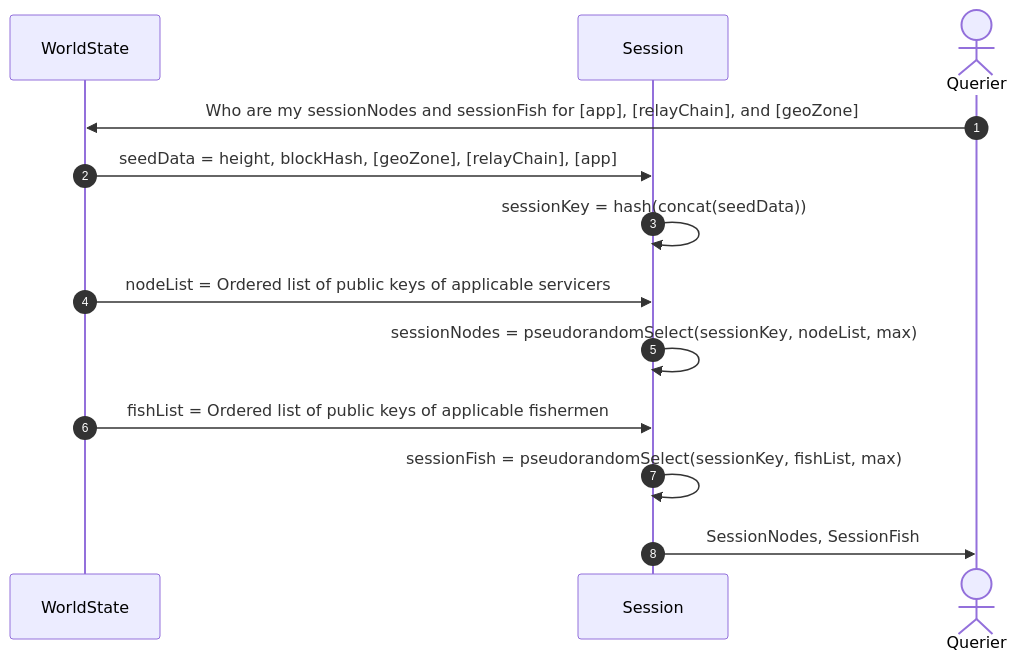
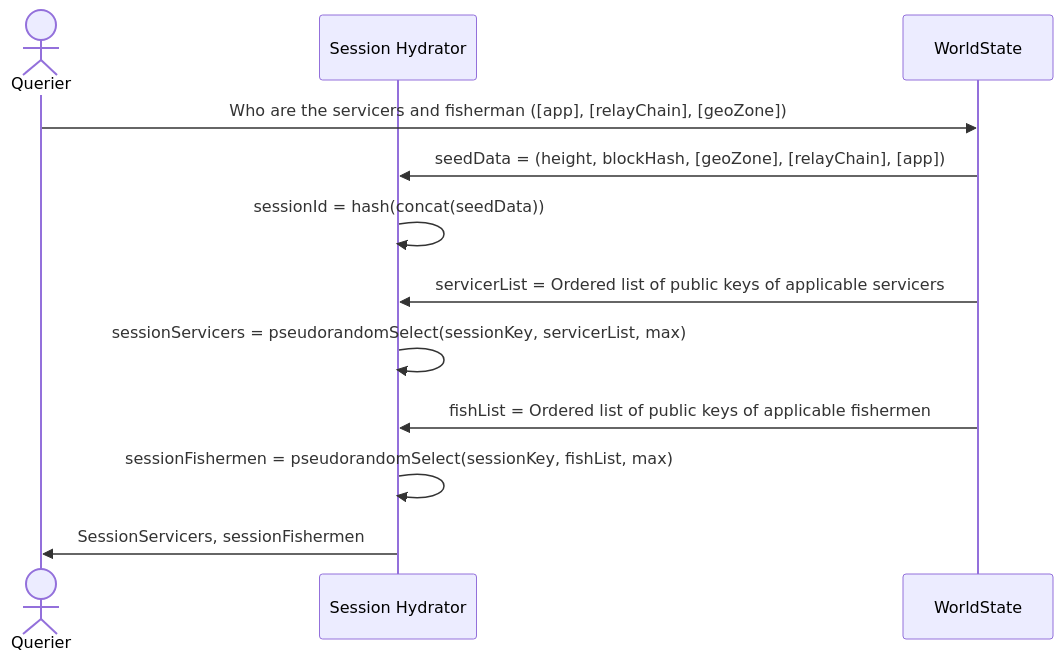
One commit to pokt-network/pocket changed the diagram in utility/doc/PROTOCOL_SESSION.md. Above: the diagram before and after it, drawn with Mermaid. The commit also changed other lines of this file and 35 other files, not shown here.

````diff
--- a/utility/doc/PROTOCOL_SESSION.md
+++ b/utility/doc/PROTOCOL_SESSION.md
@@ -52,16 +31,20 @@
 ```mermaid
 sequenceDiagram
-    autonumber
-    participant WorldState
-    participant Session
-    %% The `Qurier` is anyone (app or not) that asks to retrieve session information
-    actor Querier
-    Querier->>WorldState: Who are my sessionNodes and sessionFish for [app], [relayChain], and [geoZone]
-    WorldState->>Session: seedData = height, blockHash, [geoZone], [relayChain], [app]
-    Session->>Session: sessionKey = hash(concat(seedData))
-    WorldState->>Session: nodeList = Ordered list of public keys of applicable servicers
-    Session->>Session: sessionNodes = pseudorandomSelect(sessionKey, nodeList, max)
-    WorldState->>Session: fishList = Ordered list of public keys of applicable fishermen
-    Session->>Session: sessionFish = pseudorandomSelect(sessionKey, fishList, max)
-    Session->>Querier: SessionNodes, SessionFish
+    %% The `Querier` is anyone (app or not) that asks to retrieve session metadata
+    actor Q AS Querier
+
+    participant S AS Session Hydrator
+    participant WS AS WorldState
+
+    Q->>WS: Who are the servicers and fisherman ([app], [relayChain], [geoZone])
+    WS->>S: seedData = (height, blockHash, [geoZone], [relayChain], [app])
+
+    S->>S: sessionId = hash(concat(seedData))
+    WS->>S: servicerList = Ordered list of public keys of applicable servicers
+
+    S->>S: sessionServicers = pseudorandomSelect(sessionKey, servicerList, max)
+    WS->>S: fishList = Ordered list of public keys of applicable fishermen
+
+    S->>S: sessionFishermen = pseudorandomSelect(sessionKey, fishList, max)
+    S->>Q: SessionServicers, sessionFishermen
 ```
````
